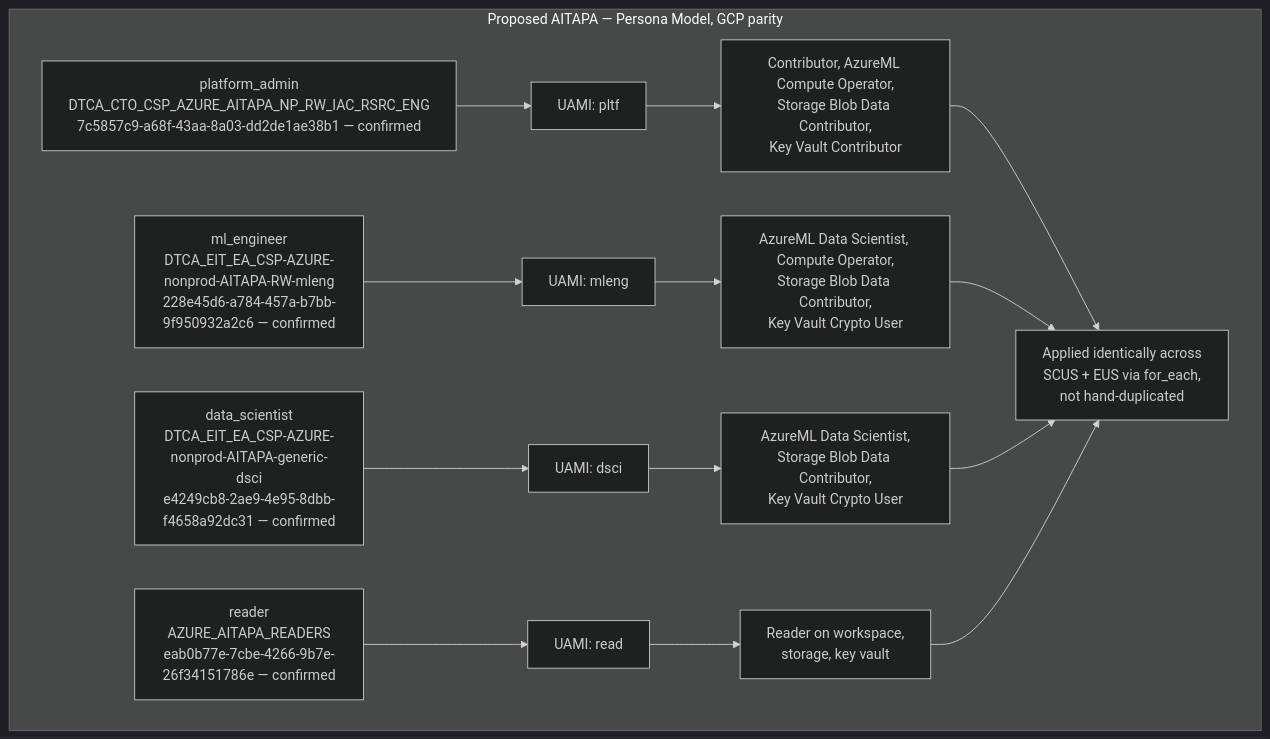
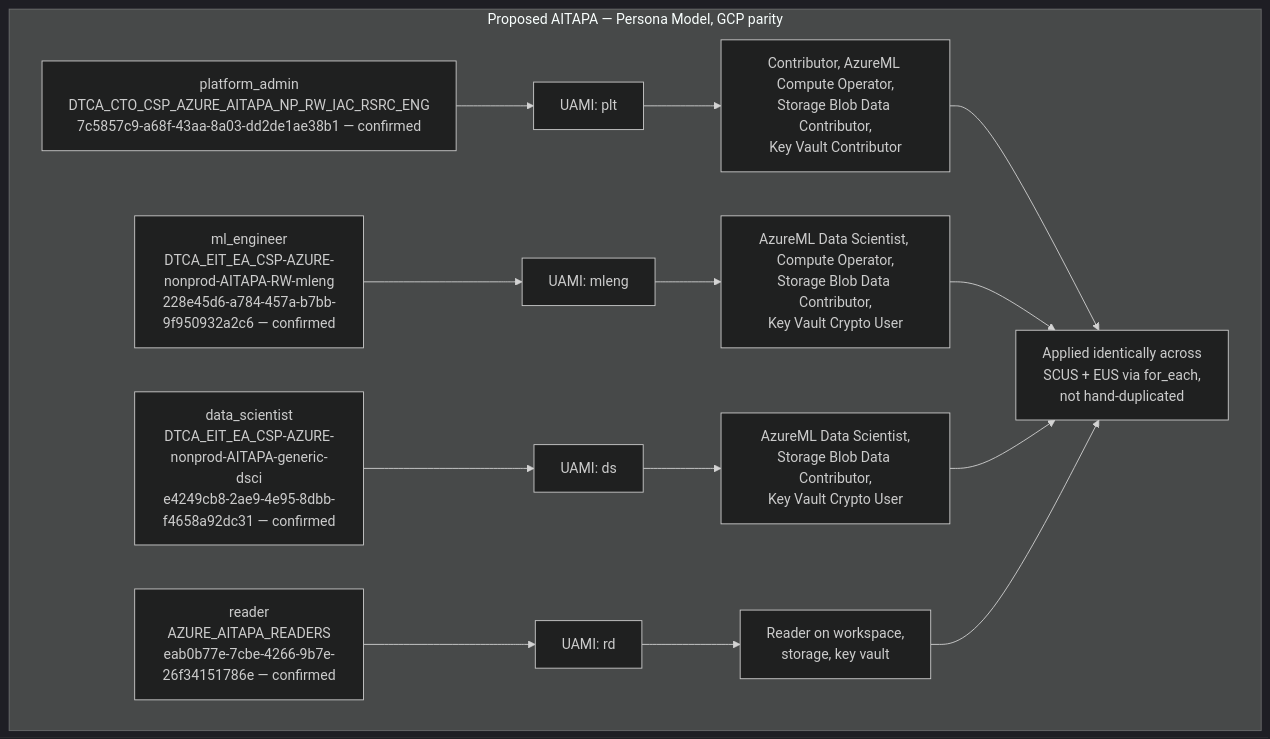
Before and after one commit to varsha613/agent_1: the fourth of 4 diagrams in output/aitapa-terraform-architecture-review-2026-08-07.md, drawn with Mermaid (dark theme). The commit also changed other lines of this file, not shown here.

Commit message:
Correct UAMI suffix naming to match GCP's actual abbreviation convention (plt/mleng/ds/rd)

````diff
--- a/output/aitapa-terraform-architecture-review-2026-08-07.md
+++ b/output/aitapa-terraform-architecture-review-2026-08-07.md
@@ -169,17 +169,17 @@
 ```mermaid
 flowchart TB
   subgraph Target["Proposed AITAPA — Persona Model, GCP parity"]
-    PA["platform_admin<br>DTCA_CTO_CSP_AZURE_AITAPA_NP_RW_IAC_RSRC_ENG<br>7c5857c9-a68f-43aa-8a03-dd2de1ae38b1 — confirmed"] --> UA["UAMI: pltf"]
+    PA["platform_admin<br>DTCA_CTO_CSP_AZURE_AITAPA_NP_RW_IAC_RSRC_ENG<br>7c5857c9-a68f-43aa-8a03-dd2de1ae38b1 — confirmed"] --> UA["UAMI: plt"]
     ME["ml_engineer<br>DTCA_EIT_EA_CSP-AZURE-nonprod-AITAPA-RW-mleng<br>228e45d6-a784-457a-b7bb-9f950932a2c6 — confirmed"] --> UM["UAMI: mleng"]
-    DS["data_scientist<br>DTCA_EIT_EA_CSP-AZURE-nonprod-AITAPA-generic-dsci<br>e4249cb8-2ae9-4e95-8dbb-f4658a92dc31 — confirmed"] --> UD["UAMI: dsci"]
-    RD["reader<br>AZURE_AITAPA_READERS<br>eab0b77e-7cbe-4266-9b7e-26f34151786e — confirmed"] --> UR["UAMI: read"]
+    DS["data_scientist<br>DTCA_EIT_EA_CSP-AZURE-nonprod-AITAPA-generic-dsci<br>e4249cb8-2ae9-4e95-8dbb-f4658a92dc31 — confirmed"] --> UD["UAMI: ds"]
+    RD["reader<br>AZURE_AITAPA_READERS<br>eab0b77e-7cbe-4266-9b7e-26f34151786e — confirmed"] --> UR["UAMI: rd"]
     UA --> RA["Contributor, AzureML Compute Operator,<br>Storage Blob Data Contributor,<br>Key Vault Contributor"]
     UM --> RM["AzureML Data Scientist, Compute Operator,<br>Storage Blob Data Contributor,<br>Key Vault Crypto User"]
     UD --> RD2["AzureML Data Scientist,<br>Storage Blob Data Contributor,<br>Key Vault Crypto User"]
     UR --> RR["Reader on workspace,<br>storage, key vault"]
     RA --> APPLY["Applied identically across<br>SCUS + EUS via for_each,<br>not hand-duplicated"]
     RM --> APPLY
     RD2 --> APPLY
     RR --> APPLY
   end
 ```
````
